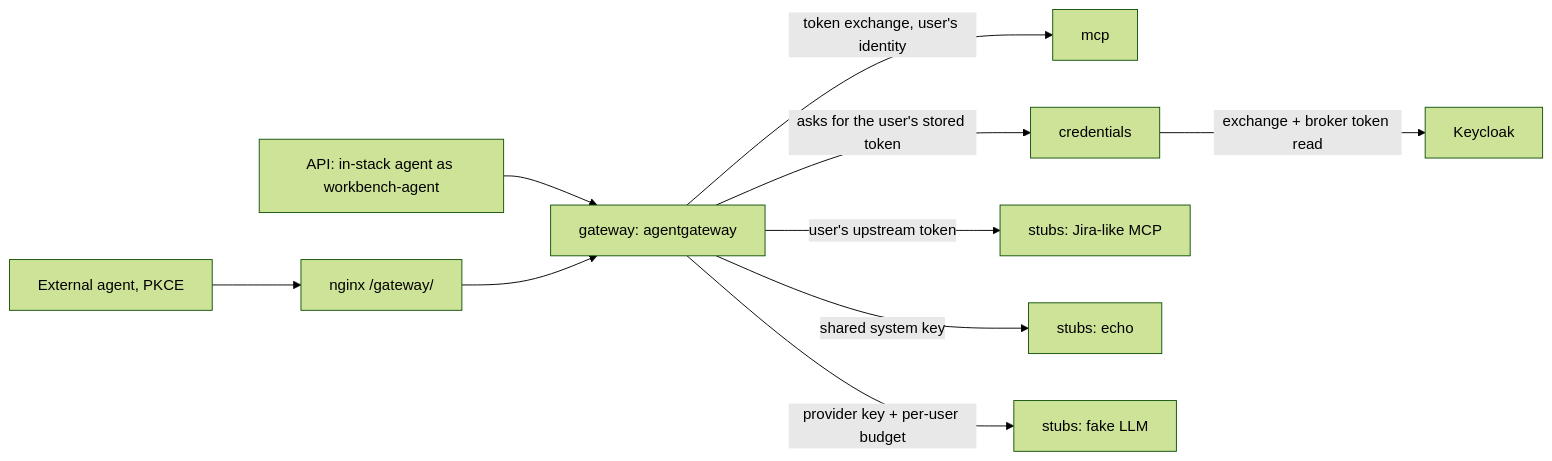
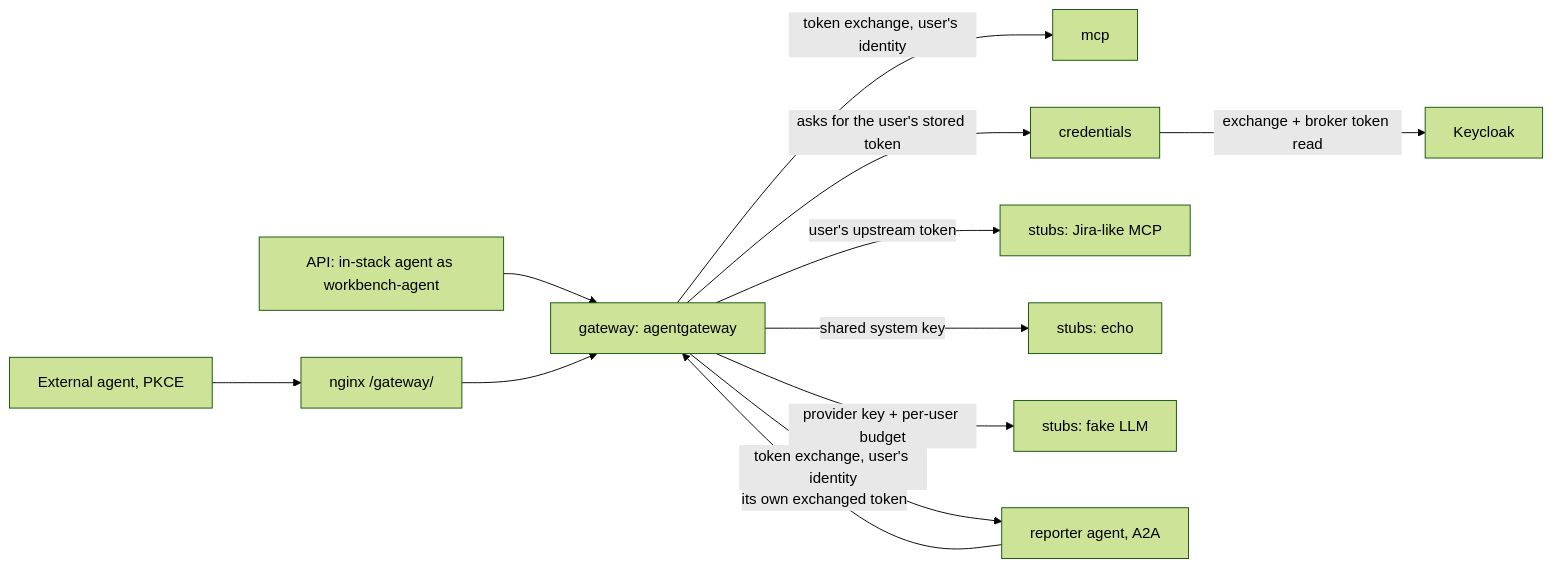
Before and after one commit to theRealMarkCastillo/local-cloud-demo: the diagram in docs/GATEWAY.md, drawn with Mermaid (forest theme). The commit also changed other lines of this file and 6 other files, not shown here.

````diff
--- a/docs/GATEWAY.md
+++ b/docs/GATEWAY.md
@@ -9,12 +9,14 @@
 ```mermaid
 flowchart LR
   Agent[External agent, PKCE] --> Web[nginx /gateway/]
   API[API: in-stack agent as workbench-agent] --> GW
   Web --> GW[gateway: agentgateway]
   GW -- token exchange, user's identity --> MCP[mcp]
   GW -- asks for the user's stored token --> Cred[credentials]
   Cred -- exchange + broker token read --> KC[Keycloak]
   GW -- user's upstream token --> Jira[stubs: Jira-like MCP]
   GW -- shared system key --> Echo[stubs: echo]
   GW -- provider key + per-user budget --> LLM[stubs: fake LLM]
+  GW -- token exchange, user's identity --> Rep[reporter agent, A2A]
+  Rep -- its own exchanged token --> GW
 ```
````
